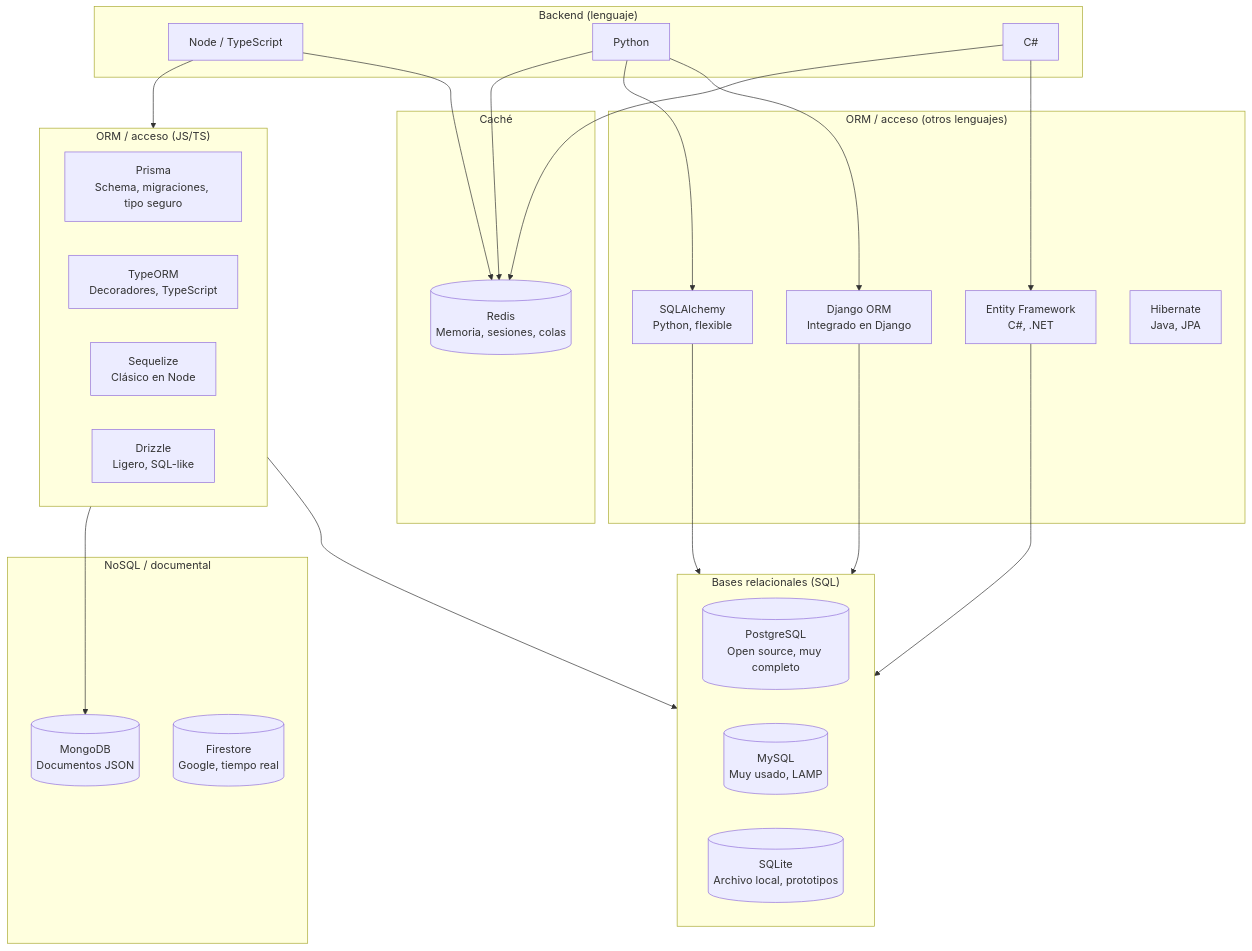
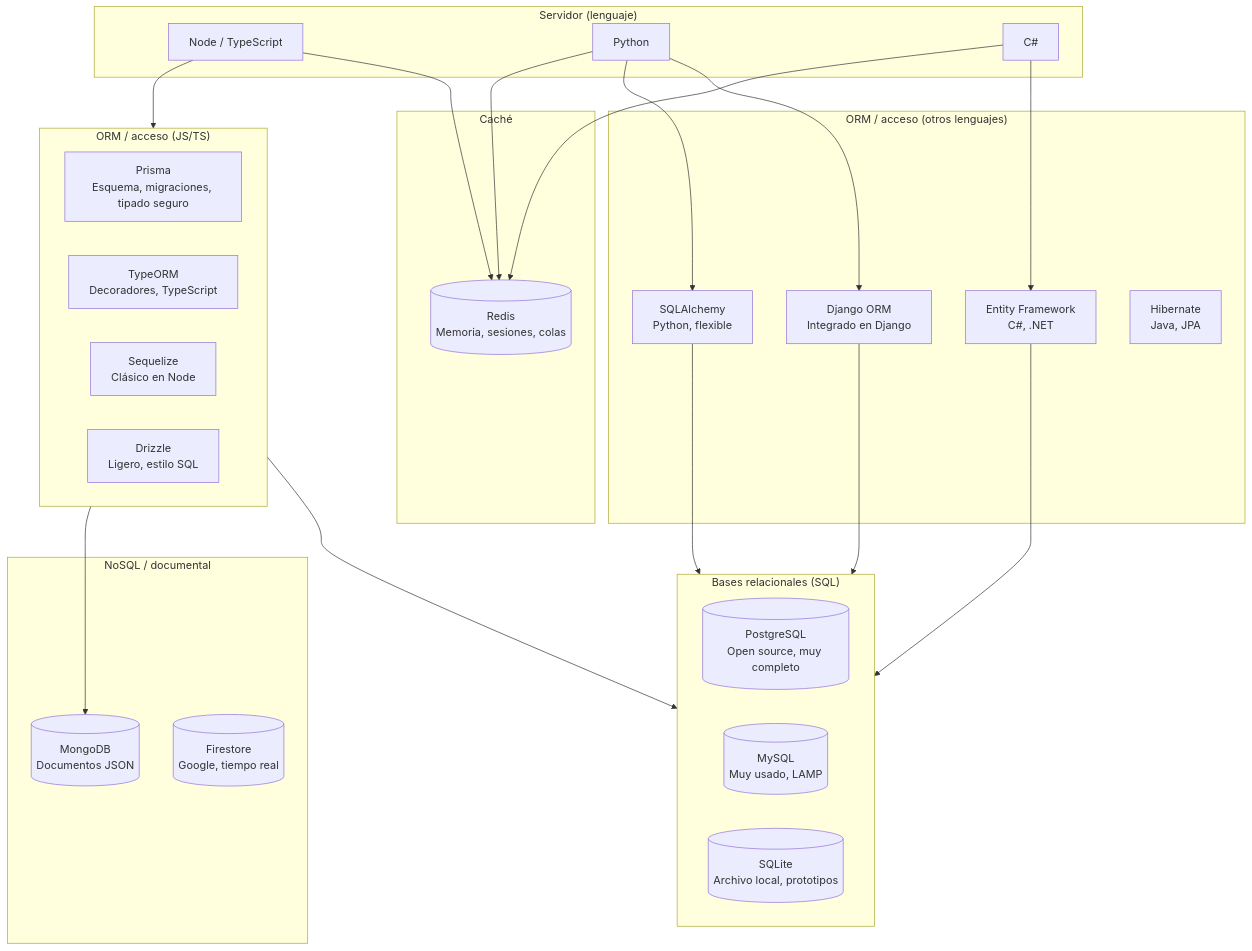
Before and after one commit to alexmenz28/Notas-Docusaurus: the fourth of 6 diagrams in docs/desarrollo-web/crear-aplicacion-web-diagramas.md, drawn with Mermaid. The commit also changed other lines of this file and 62 other files, not shown here.

````diff
--- a/docs/desarrollo-web/crear-aplicacion-web-diagramas.md
+++ b/docs/desarrollo-web/crear-aplicacion-web-diagramas.md
@@ -266,51 +266,51 @@
 ```mermaid
 flowchart TB
-  subgraph BACKEND_CONTEXT[" Backend (lenguaje) "]
+  subgraph BACKEND_CONTEXT[" Servidor (lenguaje) "]
     NodeB["Node / TypeScript"]
     PythonB["Python"]
     CSharpB["C#"]
   end
 
   subgraph BDR[" Bases relacionales (SQL) "]
     Postgres[("PostgreSQL<br/>Open source, muy completo")]
     MySQL[("MySQL<br/>Muy usado, LAMP")]
     SQLite[("SQLite<br/>Archivo local, prototipos")]
   end
 
   subgraph NOSQL[" NoSQL / documental "]
     Mongo[("MongoDB<br/>Documentos JSON")]
     Firestore[("Firestore<br/>Google, tiempo real")]
   end
 
   subgraph CACHE[" Caché "]
     Redis[("Redis<br/>Memoria, sesiones, colas")]
   end
 
   subgraph ORM_JS[" ORM / acceso (JS/TS) "]
-    Prisma["Prisma<br/>Schema, migraciones, tipo seguro"]
+    Prisma["Prisma<br/>Esquema, migraciones, tipado seguro"]
     TypeORM["TypeORM<br/>Decoradores, TypeScript"]
     Sequelize["Sequelize<br/>Clásico en Node"]
-    Drizzle["Drizzle<br/>Ligero, SQL-like"]
+    Drizzle["Drizzle<br/>Ligero, estilo SQL"]
   end
 
   subgraph ORM_OTROS[" ORM / acceso (otros lenguajes) "]
     DjangoORM["Django ORM<br/>Integrado en Django"]
     SQLAlchemy["SQLAlchemy<br/>Python, flexible"]
     EF["Entity Framework<br/>C#, .NET"]
     Hibernate["Hibernate<br/>Java, JPA"]
   end
 
   NodeB --> ORM_JS
   PythonB --> DjangoORM
   PythonB --> SQLAlchemy
   CSharpB --> EF
 
   ORM_JS --> BDR
   DjangoORM --> BDR
   SQLAlchemy --> BDR
   EF --> BDR
   ORM_JS --> Mongo
   NodeB --> Redis
   PythonB --> Redis
   CSharpB --> Redis
 ```
````
